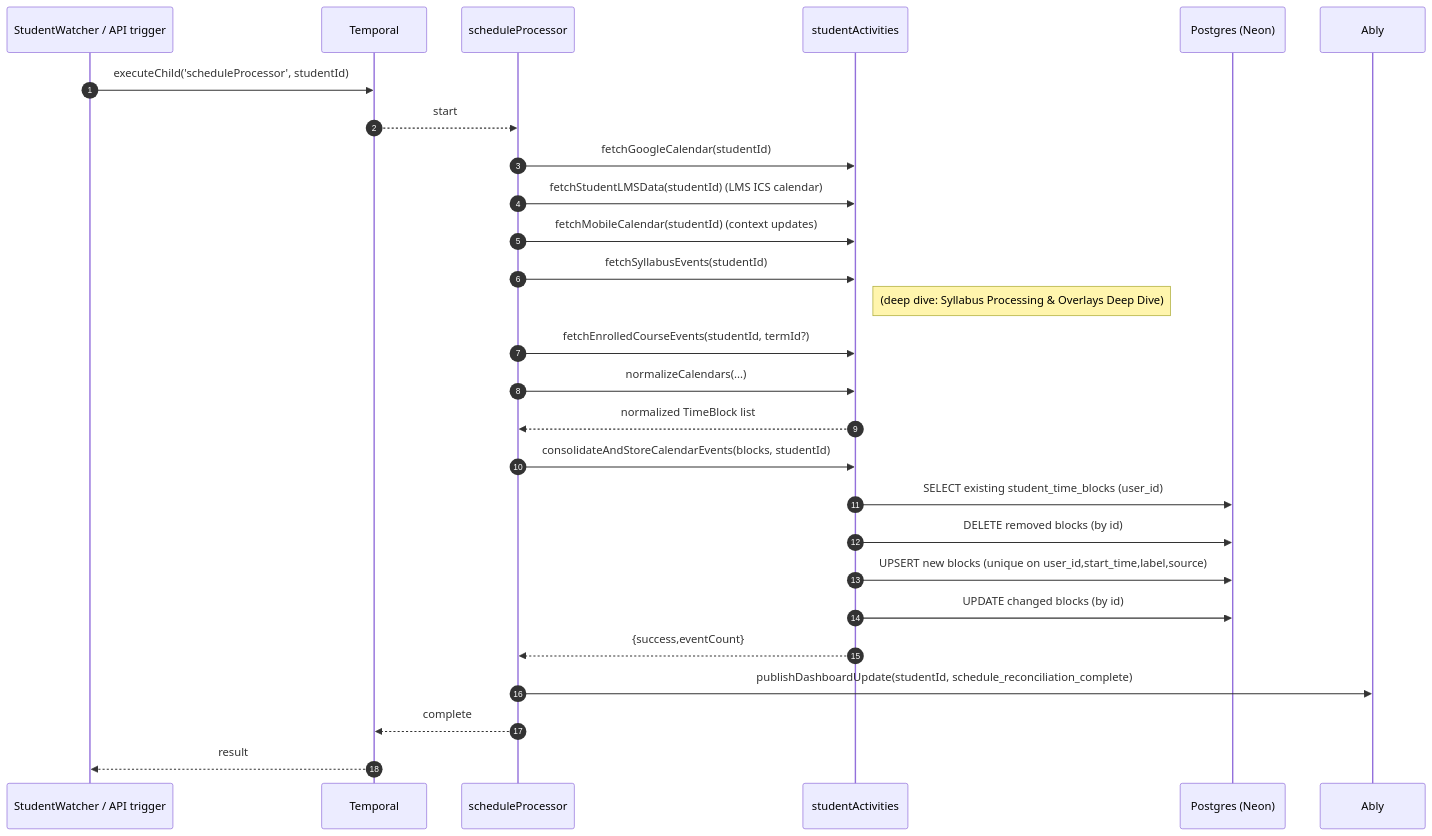
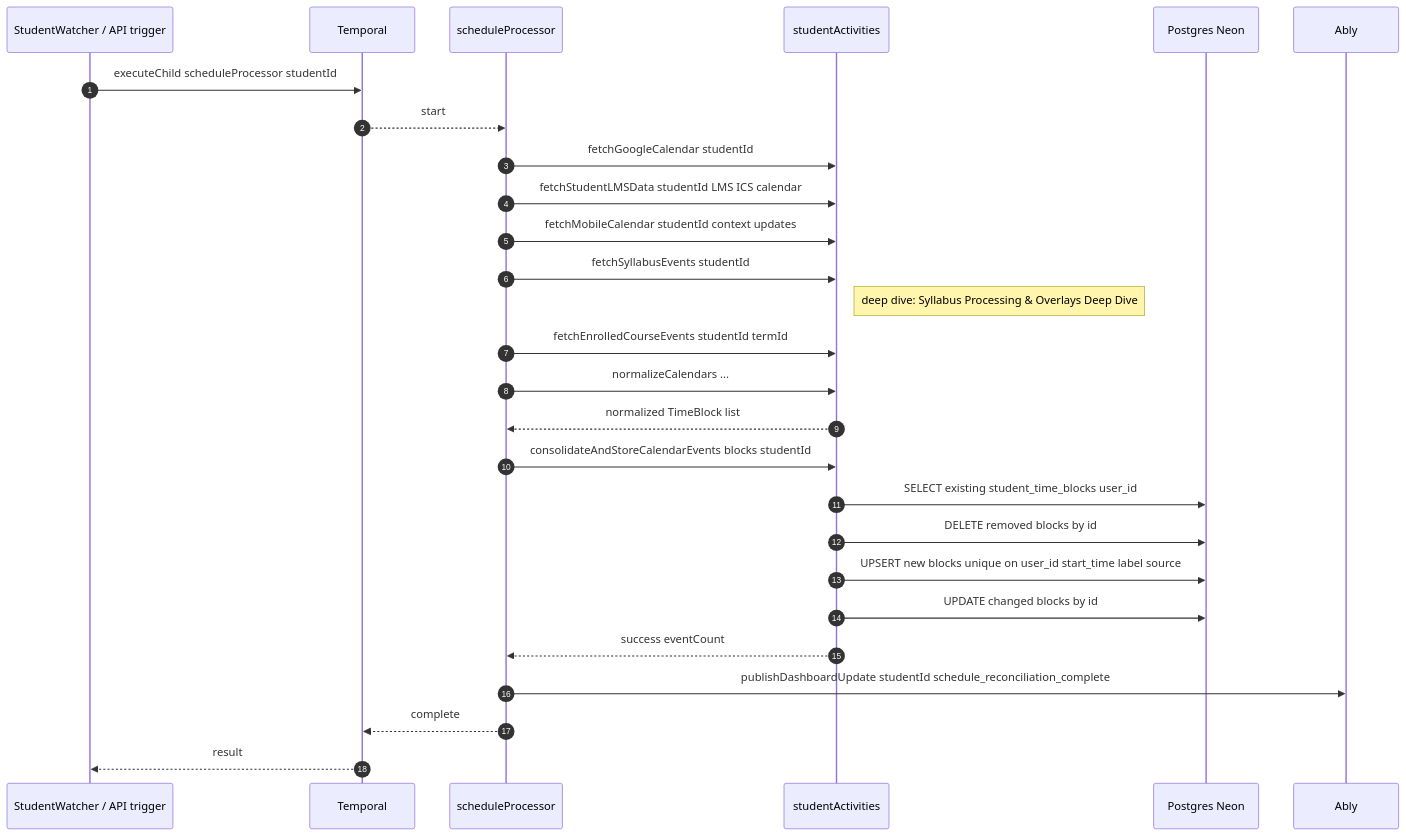
Diagram 19 of 23 in docs/engineering/architecture/how-dormway-works.mdx (DormWay/mintlify-docs), drawn with Mermaid before and after one commit. The commit also changed other lines of this file, not shown here.

First line of the commit message:
fix: sanitize all 23 mermaid diagrams for Mermaid 11.x

````diff
--- a/docs/engineering/architecture/how-dormway-works.mdx
+++ b/docs/engineering/architecture/how-dormway-works.mdx
@@ -1006,34 +1006,34 @@
 ```mermaid
 sequenceDiagram
   autonumber
   participant Caller as StudentWatcher / API trigger
   participant Temporal as Temporal
   participant WF as scheduleProcessor
   participant Acts as studentActivities
-  participant DB as Postgres (Neon)
+  participant DB as Postgres Neon
   participant Ably as Ably
 
-  Caller->>Temporal: executeChild('scheduleProcessor', studentId)
+  Caller->>Temporal: executeChild scheduleProcessor studentId
   Temporal-->>WF: start
 
-  WF->>Acts: fetchGoogleCalendar(studentId)
-  WF->>Acts: fetchStudentLMSData(studentId) (LMS ICS calendar)
-  WF->>Acts: fetchMobileCalendar(studentId) (context updates)
-  WF->>Acts: fetchSyllabusEvents(studentId)
-  Note right of Acts: (deep dive: Syllabus Processing & Overlays Deep Dive)
-  WF->>Acts: fetchEnrolledCourseEvents(studentId, termId?)
+  WF->>Acts: fetchGoogleCalendar studentId
+  WF->>Acts: fetchStudentLMSData studentId LMS ICS calendar
+  WF->>Acts: fetchMobileCalendar studentId context updates
+  WF->>Acts: fetchSyllabusEvents studentId
+  Note right of Acts: deep dive: Syllabus Processing & Overlays Deep Dive
+  WF->>Acts: fetchEnrolledCourseEvents studentId termId
 
-  WF->>Acts: normalizeCalendars(...)
+  WF->>Acts: normalizeCalendars ...
   Acts-->>WF: normalized TimeBlock list
 
-  WF->>Acts: consolidateAndStoreCalendarEvents(blocks, studentId)
-  Acts->>DB: SELECT existing student_time_blocks (user_id)
-  Acts->>DB: DELETE removed blocks (by id)
-  Acts->>DB: UPSERT new blocks (unique on user_id,start_time,label,source)
-  Acts->>DB: UPDATE changed blocks (by id)
-  Acts-->>WF: {success,eventCount}
+  WF->>Acts: consolidateAndStoreCalendarEvents blocks studentId
+  Acts->>DB: SELECT existing student_time_blocks user_id
+  Acts->>DB: DELETE removed blocks by id
+  Acts->>DB: UPSERT new blocks unique on user_id start_time label source
+  Acts->>DB: UPDATE changed blocks by id
+  Acts-->>WF: success eventCount
 
-  WF->>Ably: publishDashboardUpdate(studentId, schedule_reconciliation_complete)
+  WF->>Ably: publishDashboardUpdate studentId schedule_reconciliation_complete
   WF-->>Temporal: complete
   Temporal-->>Caller: result
 ```
````
